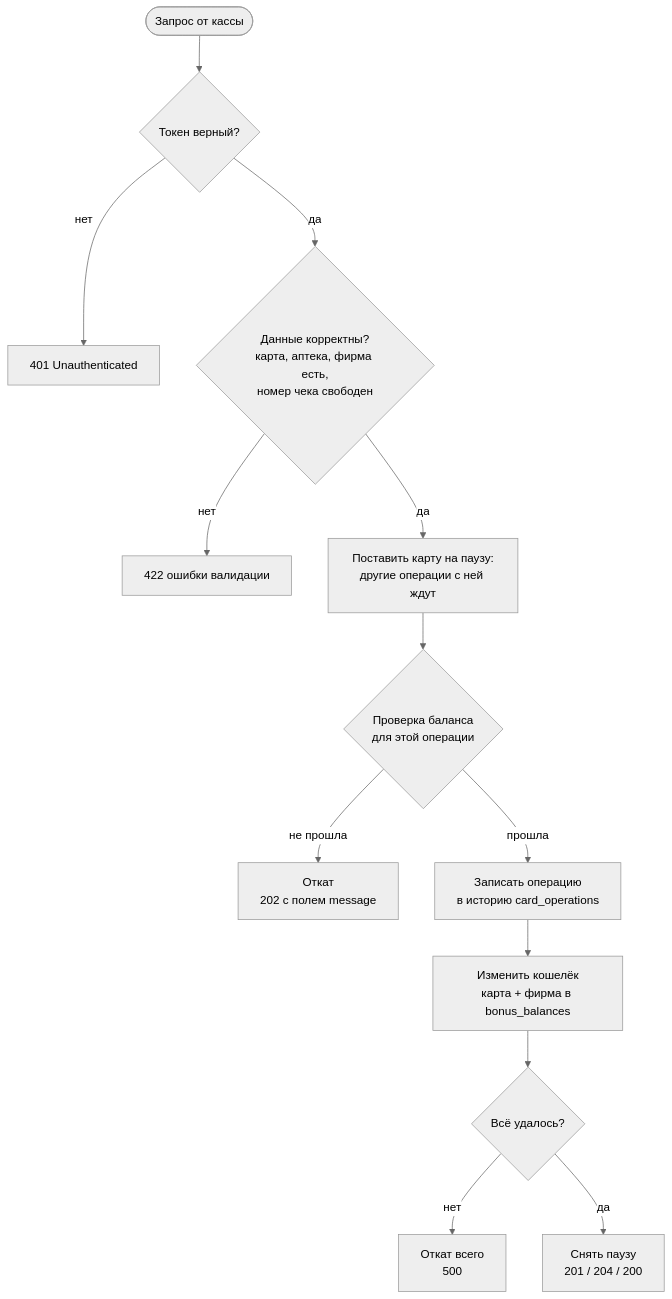
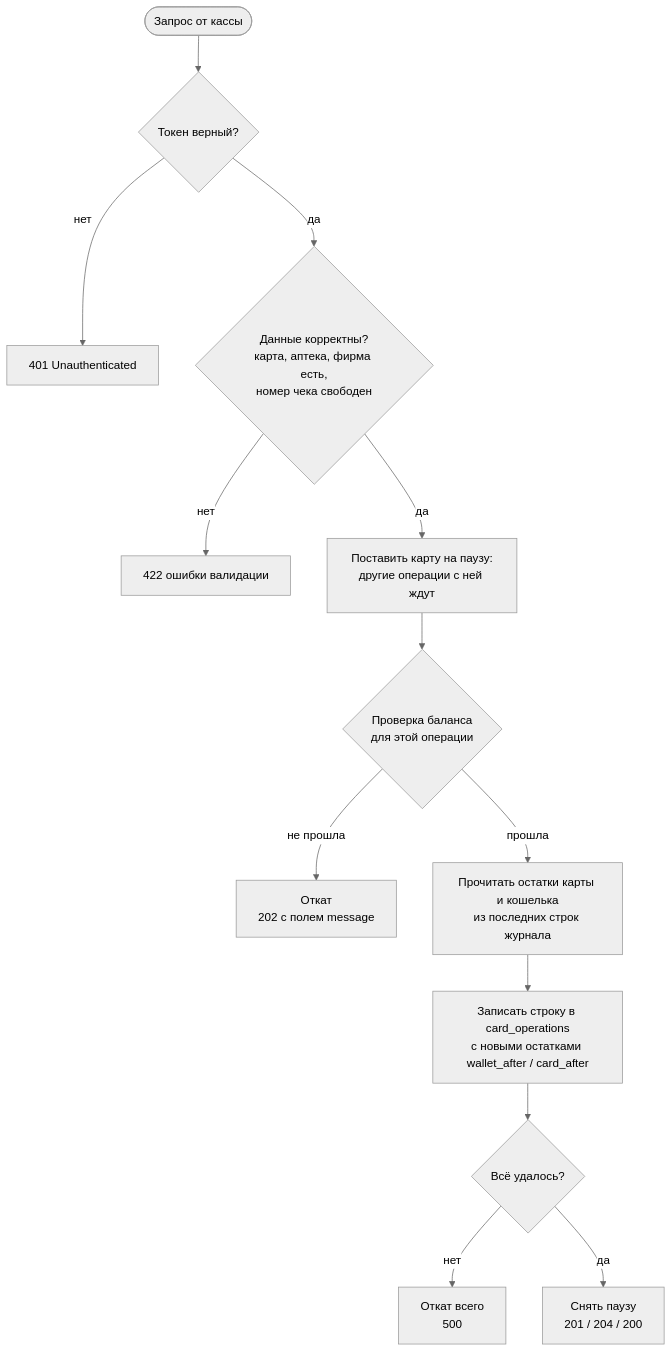
The first of 9 diagrams in docs/10-shemy-operatsij.md (maltcevrg/apteka_api), drawn with Mermaid (neutral theme) before and after one commit. The commit also changed other lines of this file and 7 other files, not shown here.

````diff
--- a/docs/10-shemy-operatsij.md
+++ b/docs/10-shemy-operatsij.md
@@ -9,15 +9,15 @@
 ```mermaid
 flowchart TD
     A([Запрос от кассы]) --> B{Токен верный?}
     B -- нет --> B1[401 Unauthenticated]
     B -- да --> C{Данные корректны?<br/>карта, аптека, фирма есть,<br/>номер чека свободен}
     C -- нет --> C1[422 ошибки валидации]
     C -- да --> D[Поставить карту на паузу:<br/>другие операции с ней ждут]
     D --> E{Проверка баланса<br/>для этой операции}
     E -- не прошла --> E1[Откат<br/>202 с полем message]
-    E -- прошла --> F[Записать операцию<br/>в историю card_operations]
-    F --> G[Изменить кошелёк<br/>карта + фирма в bonus_balances]
+    E -- прошла --> F[Прочитать остатки карты и кошелька<br/>из последних строк журнала]
+    F --> G[Записать строку в card_operations<br/>с новыми остатками wallet_after / card_after]
     G --> H{Всё удалось?}
     H -- нет --> H1[Откат всего<br/>500]
     H -- да --> I[Снять паузу<br/>201 / 204 / 200]
 ```
````
